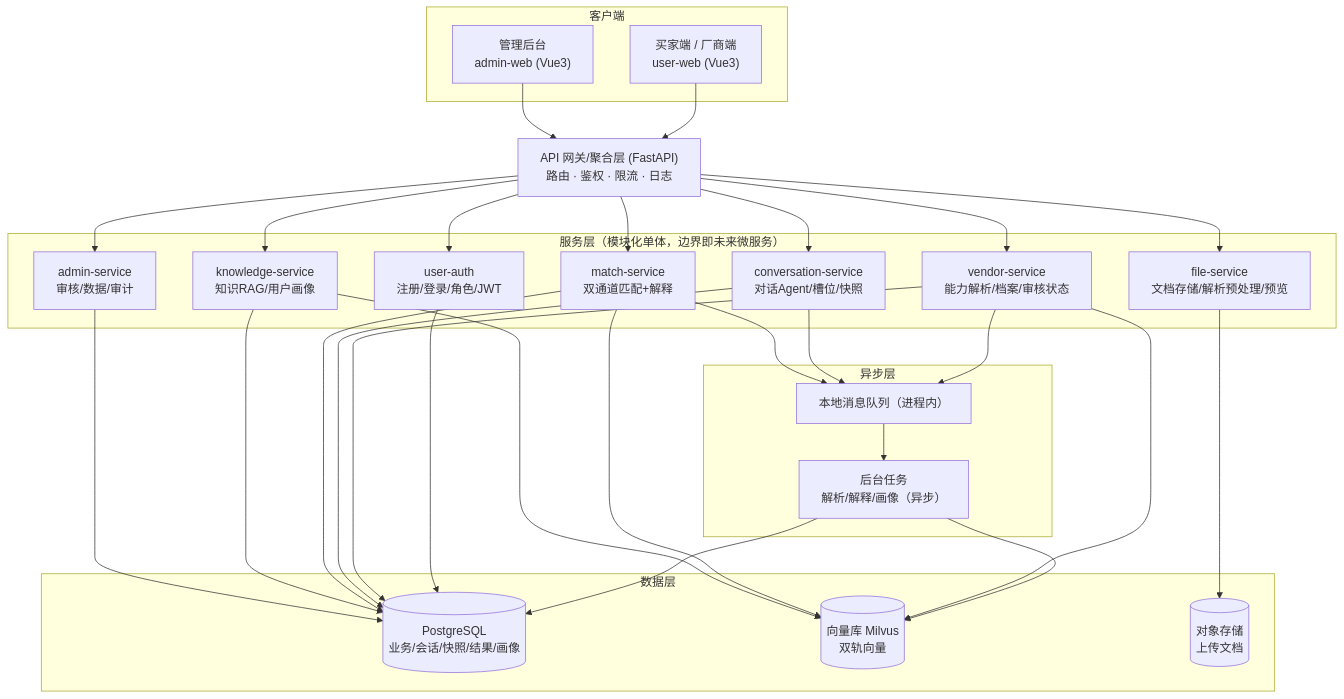
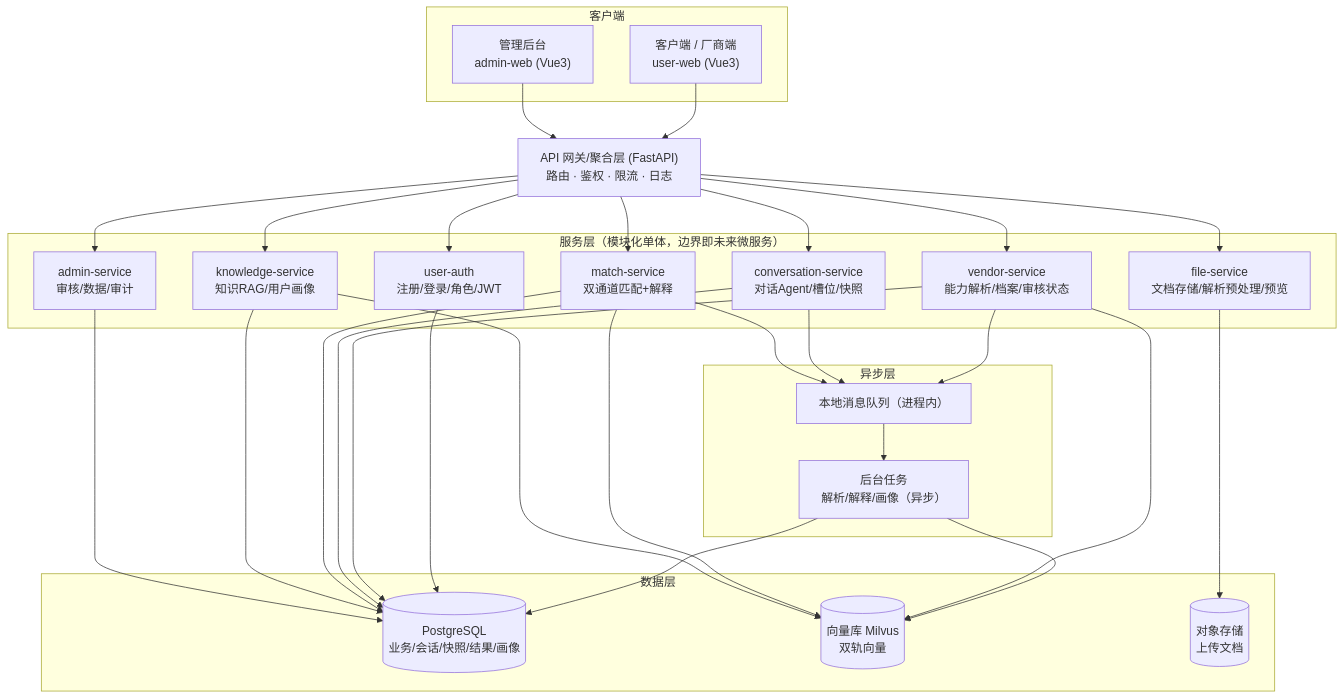
Before and after one commit to ivgotcrazy/xmsn-demo: the second of 9 diagrams in doc/系统/系统架构设计.md, drawn with Mermaid. The commit also changed other lines of this file and 246 other files, not shown here.

````diff
--- a/doc/系统/系统架构设计.md
+++ b/doc/系统/系统架构设计.md
@@ -106,55 +106,55 @@
 ```mermaid
 graph TB
     subgraph Client["客户端"]
-        UserWeb["买家端 / 厂商端<br/>user-web (Vue3)"]
+        UserWeb["客户端 / 厂商端<br/>user-web (Vue3)"]
         AdminWeb["管理后台<br/>admin-web (Vue3)"]
     end
     GW["API 网关/聚合层 (FastAPI)<br/>路由 · 鉴权 · 限流 · 日志"]
 
     subgraph Services["服务层（模块化单体，边界即未来微服务）"]
         AUTH["user-auth<br/>注册/登录/角色/JWT"]
         FILE["file-service<br/>文档存储/解析预处理/预览"]
         VENDOR["vendor-service<br/>能力解析/档案/审核状态"]
         CONV["conversation-service<br/>对话Agent/槽位/快照"]
         MATCH["match-service<br/>双通道匹配+解释"]
         KNOW["knowledge-service<br/>知识RAG/用户画像"]
         ADMIN["admin-service<br/>审核/数据/审计"]
     end
 
     subgraph Async["异步层"]
         QUEUE["本地消息队列（进程内）"]
         WORKER["后台任务<br/>解析/解释/画像（异步）"]
     end
 
     subgraph Data["数据层"]
         PG[("PostgreSQL<br/>业务/会话/快照/结果/画像")]
         VDB[("向量库 Milvus<br/>双轨向量")]
         OBJ[("对象存储<br/>上传文档")]
     end
 
     UserWeb --> GW
     AdminWeb --> GW
     GW --> AUTH
     GW --> FILE
     GW --> VENDOR
     GW --> CONV
     GW --> MATCH
     GW --> KNOW
     GW --> ADMIN
     VENDOR --> QUEUE
     CONV --> QUEUE
     MATCH --> QUEUE
     QUEUE --> WORKER
     WORKER --> PG
     WORKER --> VDB
     AUTH --> PG
     FILE --> OBJ
     VENDOR --> PG
     VENDOR --> VDB
     CONV --> PG
     MATCH --> PG
     MATCH --> VDB
     KNOW --> PG
     KNOW --> VDB
     ADMIN --> PG
 ```
````
